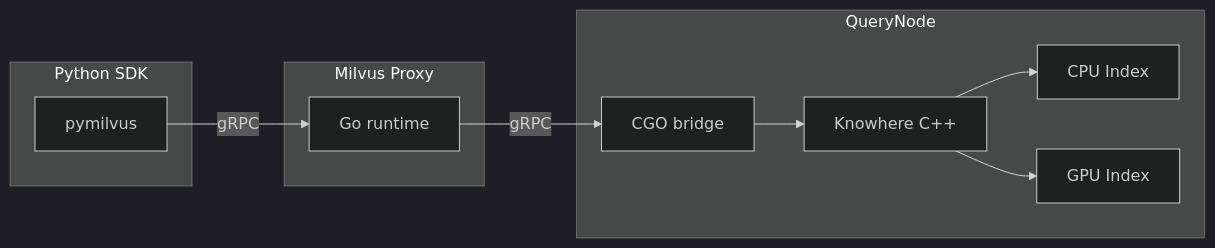
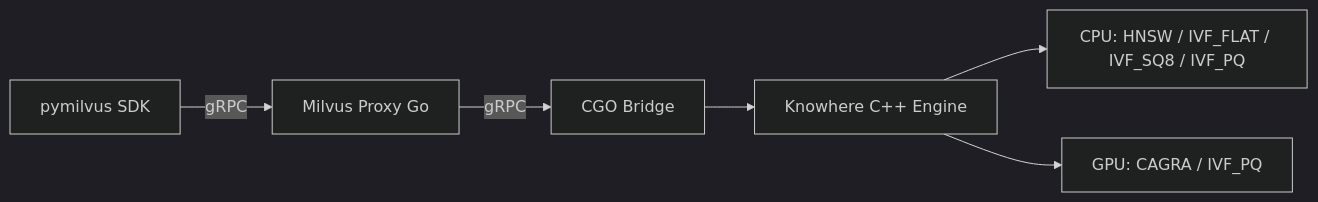
One commit to Leito2/Learning changed the fourth of 4 diagrams in SW-ML-AI Engineering/10 - Cloud, Infra y Backend/33 - Vector Databases and Semantic Search/07 - Milvus I - Distributed Architecture.md. Above: the diagram before and after it, drawn with Mermaid (dark theme). The commit also changed other lines of this file and 123 other files, not shown here.

````diff
--- a/SW-ML-AI Engineering/10 - Cloud, Infra y Backend/33 - Vector Databases and Semantic Search/07 - Milvus I - Distributed Architecture.md
+++ b/SW-ML-AI Engineering/10 - Cloud, Infra y Backend/33 - Vector Databases and Semantic Search/07 - Milvus I - Distributed Architecture.md
@@ -401,20 +289,8 @@
 ```mermaid
 flowchart LR
-    subgraph SDK["Python SDK"]
-        PY[pymilvus]
-    end
-    subgraph Proxy["Milvus Proxy"]
-        GO[Go runtime]
-    end
-    subgraph QN["QueryNode"]
-        CGO[CGO bridge]
-        KH[Knowhere C++]
-        CPU[CPU Index]
-        GPU[GPU Index]
-    end
-    PY -->|gRPC| GO
-    GO -->|gRPC| CGO
-    CGO --> KH
-    KH --> CPU
-    KH --> GPU
+    PY[pymilvus SDK] -->|gRPC| GO[Milvus Proxy Go]
+    GO -->|gRPC| CGO[CGO Bridge]
+    CGO --> KH[Knowhere C++ Engine]
+    KH --> CPU[CPU: HNSW / IVF_FLAT / IVF_SQ8 / IVF_PQ]
+    KH --> GPU[GPU: CAGRA / IVF_PQ]
 ```
````
